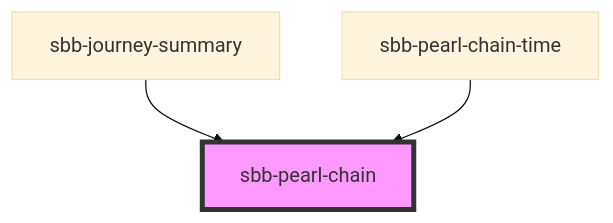
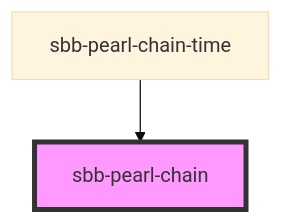
The diagram in src/components/sbb-pearl-chain/readme.md (sbb-design-systems/lyne-components), drawn with Mermaid (base theme) before and after one commit. The commit also changed other lines of this file and 7 other files, not shown here.

Commit message:
feat: use pearl-chain-time in journey-summary

````diff
--- a/src/components/sbb-pearl-chain/readme.md
+++ b/src/components/sbb-pearl-chain/readme.md
@@ -47,6 +46,5 @@
 ```mermaid
 graph TD;
-  sbb-journey-summary --> sbb-pearl-chain
   sbb-pearl-chain-time --> sbb-pearl-chain
   style sbb-pearl-chain fill:#f9f,stroke:#333,stroke-width:4px
 ```
````
